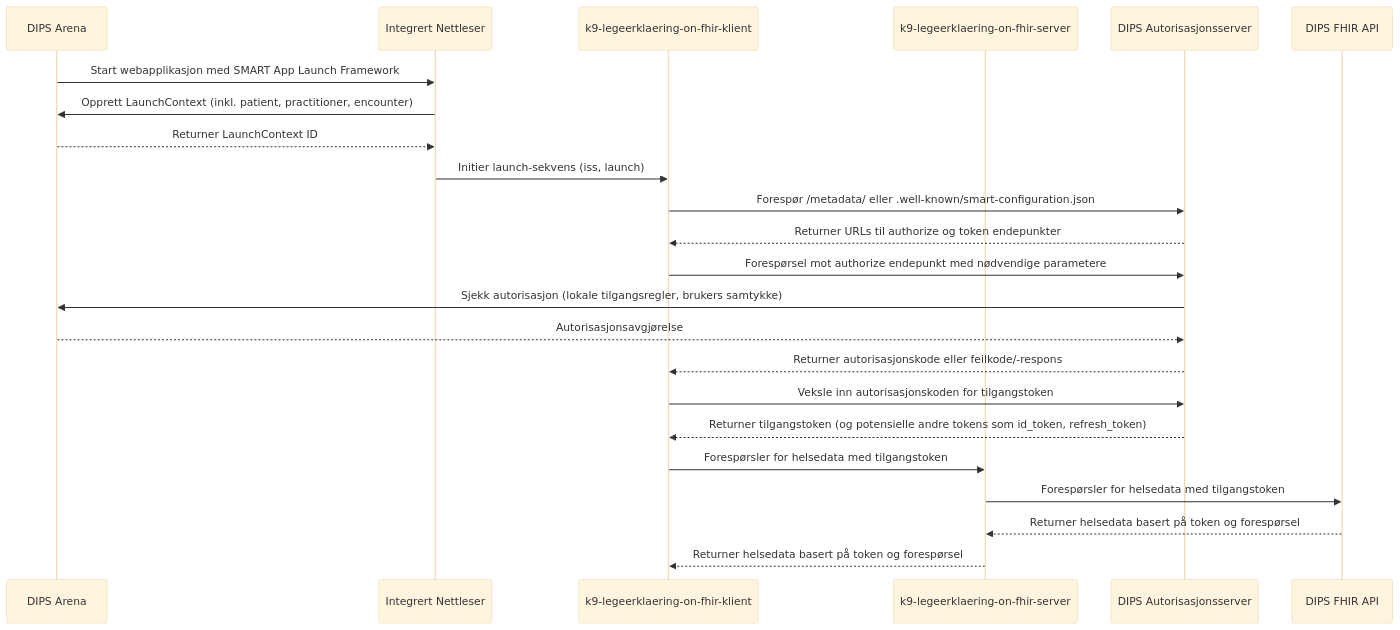
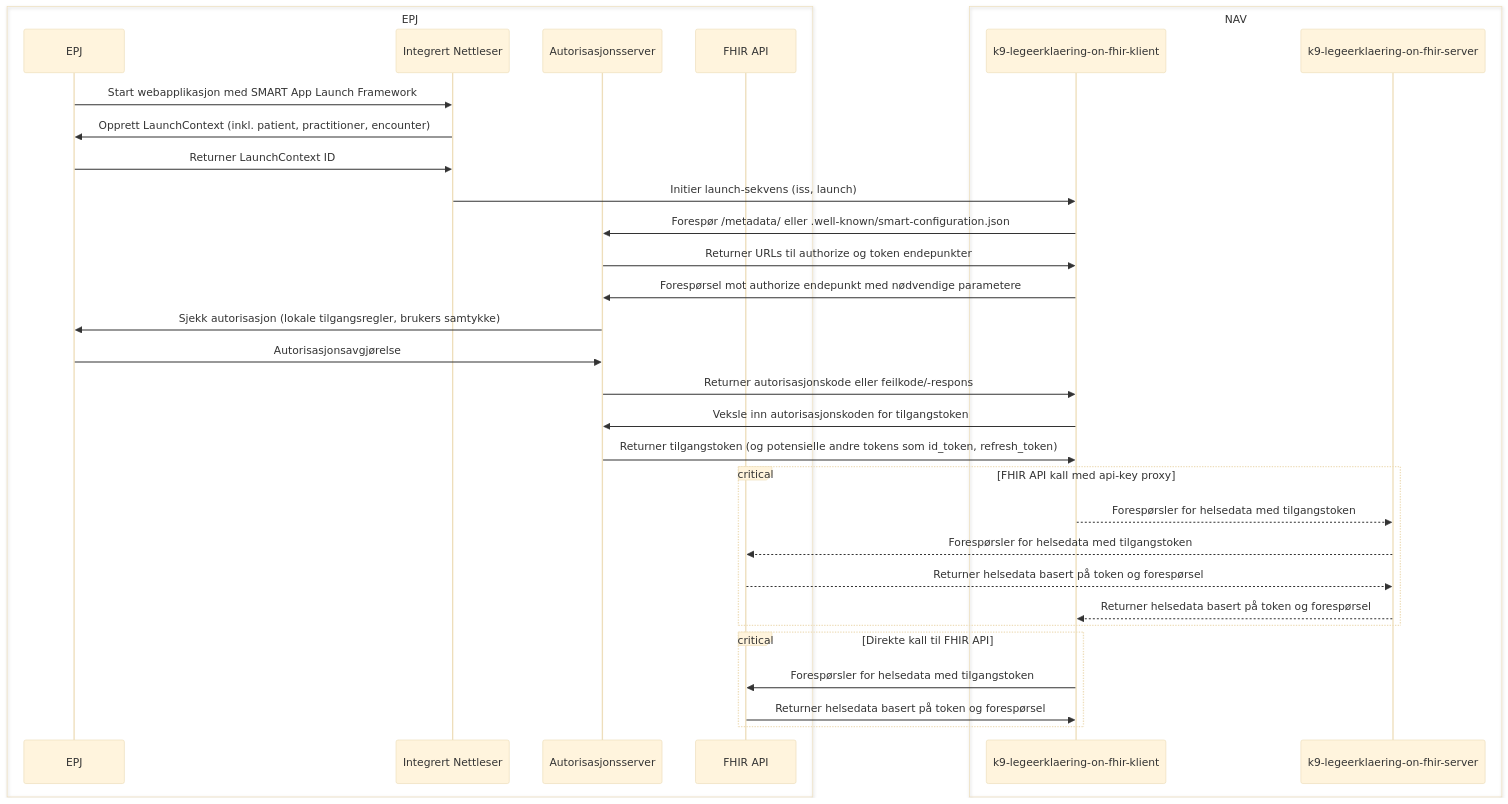
The diagram in README.md (navikt/k9-legeerklaering-on-fihr), drawn with Mermaid (base theme) before and after one commit. The commit also changed other lines of this file, not shown here.

Commit message:
utvid løsningsbeskrivelse

````diff
--- a/README.md
+++ b/README.md
@@ -65,26 +69,38 @@
 ```mermaid
 sequenceDiagram
-    participant EPJ as DIPS Arena
-    participant Browser as Integrert Nettleser
-    participant App as k9-legeerklaering-on-fhir-klient
-    participant App-Backend as k9-legeerklaering-on-fhir-server
-    participant AuthServer as DIPS Autorisasjonsserver
-    participant FHIR as DIPS FHIR API
+    box EPJ
+        participant EPJ as EPJ
+        participant Browser as Integrert Nettleser
+        participant AuthServer as Autorisasjonsserver
+        participant FHIR as FHIR API
+    end
+    box NAV
+        participant App as k9-legeerklaering-on-fhir-klient
+        participant AppBackend as k9-legeerklaering-on-fhir-server
+    end
 
-    EPJ->>Browser: Start webapplikasjon med SMART App Launch Framework
-    Browser->>EPJ: Opprett LaunchContext (inkl. patient, practitioner, encounter)
-    EPJ-->>Browser: Returner LaunchContext ID
-    Browser->>App: Initier launch-sekvens (iss, launch)
-    App->>AuthServer: Forespør /metadata/ eller .well-known/smart-configuration.json
-    AuthServer-->>App: Returner URLs til authorize og token endepunkter
-    App->>AuthServer: Forespørsel mot authorize endepunkt med nødvendige parametere
-    AuthServer->>EPJ: Sjekk autorisasjon (lokale tilgangsregler, brukers samtykke)
-    EPJ-->>AuthServer: Autorisasjonsavgjørelse
-    AuthServer-->>App: Returner autorisasjonskode eller feilkode/-respons
-    App->>AuthServer: Veksle inn autorisasjonskoden for tilgangstoken
-    AuthServer-->>App: Returner tilgangstoken (og potensielle andre tokens som id_token, refresh_token)
-    App->>App-Backend: Forespørsler for helsedata med tilgangstoken
-    App-Backend->>FHIR: Forespørsler for helsedata med tilgangstoken
-    FHIR-->>App-Backend: Returner helsedata basert på token og forespørsel
-    App-Backend-->>App: Returner helsedata basert på token og forespørsel
+    EPJ ->> Browser: Start webapplikasjon med SMART App Launch Framework
+    Browser ->> EPJ: Opprett LaunchContext (inkl. patient, practitioner, encounter)
+    EPJ ->> Browser: Returner LaunchContext ID
+    Browser ->> App: Initier launch-sekvens (iss, launch)
+    App ->> AuthServer: Forespør /metadata/ eller .well-known/smart-configuration.json
+    AuthServer ->> App: Returner URLs til authorize og token endepunkter
+    App ->> AuthServer: Forespørsel mot authorize endepunkt med nødvendige parametere
+    AuthServer ->> EPJ: Sjekk autorisasjon (lokale tilgangsregler, brukers samtykke)
+    EPJ ->> AuthServer: Autorisasjonsavgjørelse
+    AuthServer ->> App: Returner autorisasjonskode eller feilkode/-respons
+    App ->> AuthServer: Veksle inn autorisasjonskoden for tilgangstoken
+    AuthServer ->> App: Returner tilgangstoken (og potensielle andre tokens som id_token, refresh_token)
+
+    critical FHIR API kall med api-key proxy
+        App -->> AppBackend: Forespørsler for helsedata med tilgangstoken
+        AppBackend -->> FHIR: Forespørsler for helsedata med tilgangstoken
+        FHIR -->> AppBackend: Returner helsedata basert på token og forespørsel
+        AppBackend -->> App: Returner helsedata basert på token og forespørsel
+    end
+
+    critical Direkte kall til FHIR API
+        App ->> FHIR: Forespørsler for helsedata med tilgangstoken
+        FHIR ->> App: Returner helsedata basert på token og forespørsel
+    end
 ```
````
